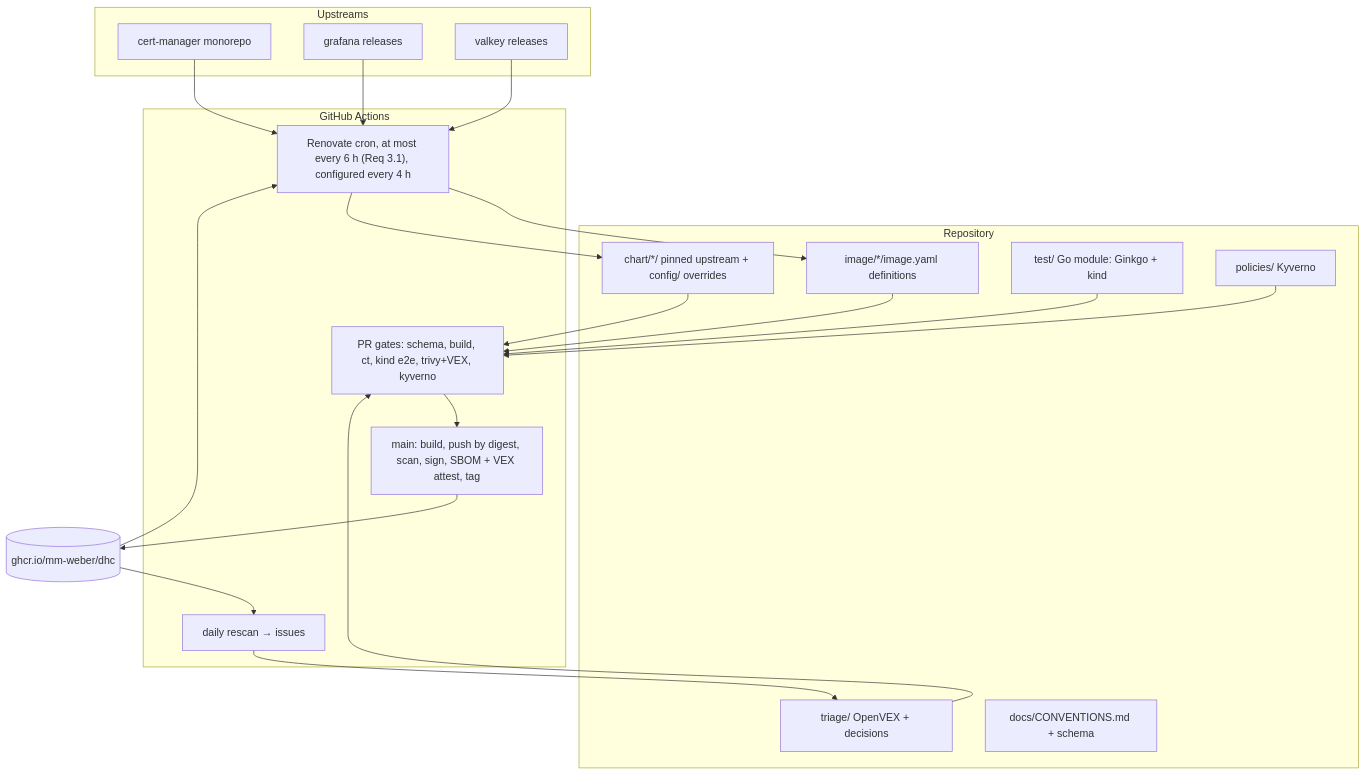
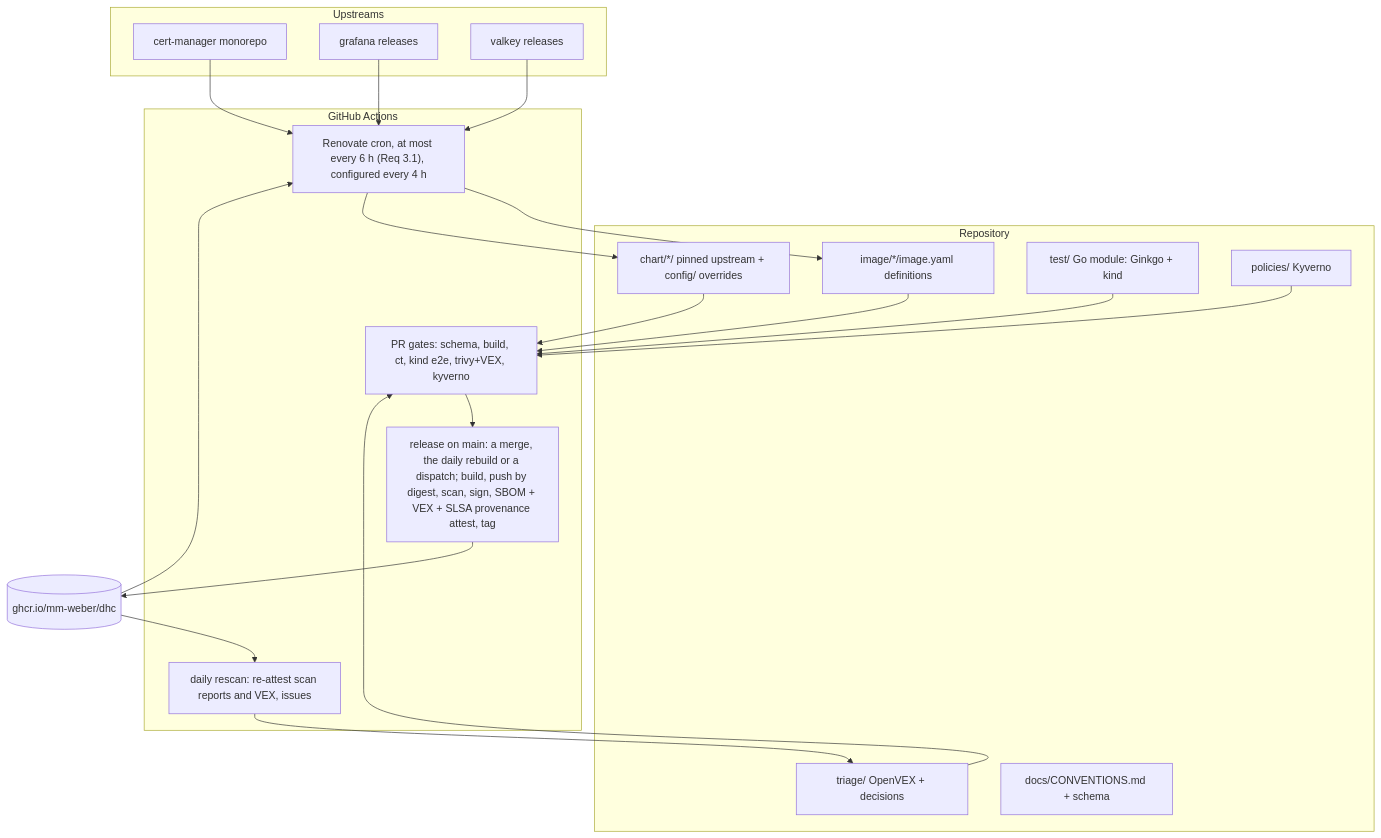
The diagram in .specs/dhc-catalogue-mvp/design.md (mm-weber/dhc-pipeline), drawn with Mermaid before and after one commit. The commit also changed other lines of this file and 6 other files, not shown here.

First line of the commit message:
docs: every lane drawn, the old diagrams point to them (plan 5; task 19.6) (#435)

````diff
--- a/.specs/dhc-catalogue-mvp/design.md
+++ b/.specs/dhc-catalogue-mvp/design.md
@@ -42,35 +42,35 @@
 ```mermaid
 graph TB
     subgraph Upstreams
         UP1[cert-manager monorepo]
         UP2[grafana releases]
         UP3[valkey releases]
     end
 
     subgraph Repository
         DEF[image/*/image.yaml definitions]
         CHT[chart/*/ pinned upstream + config/ overrides]
         TST[test/ Go module: Ginkgo + kind]
         TRI[triage/ OpenVEX + decisions]
         POL[policies/ Kyverno]
         CON[docs/CONVENTIONS.md + schema]
     end
 
     subgraph Automation["GitHub Actions"]
         REN["Renovate cron, at most every 6 h (Req 3.1), configured every 4 h"]
         CI[PR gates: schema, build, ct, kind e2e, trivy+VEX, kyverno]
-        REL[main: build, push by digest, scan, sign, SBOM + VEX attest, tag]
-        SCAN[daily rescan → issues]
+        REL["release on main: a merge, the daily rebuild or a dispatch; build, push by digest, scan, sign, SBOM + VEX + SLSA provenance attest, tag"]
+        SCAN["daily rescan: re-attest scan reports and VEX, issues"]
     end
 
     GHCR[(ghcr.io/mm-weber/dhc)]
 
     UP1 & UP2 & UP3 --> REN --> DEF
     GHCR --> REN --> CHT
     DEF --> CI --> REL --> GHCR
     CHT --> CI
     TST --> CI
     POL --> CI
     GHCR --> SCAN --> TRI
     TRI --> CI
 ```
````
